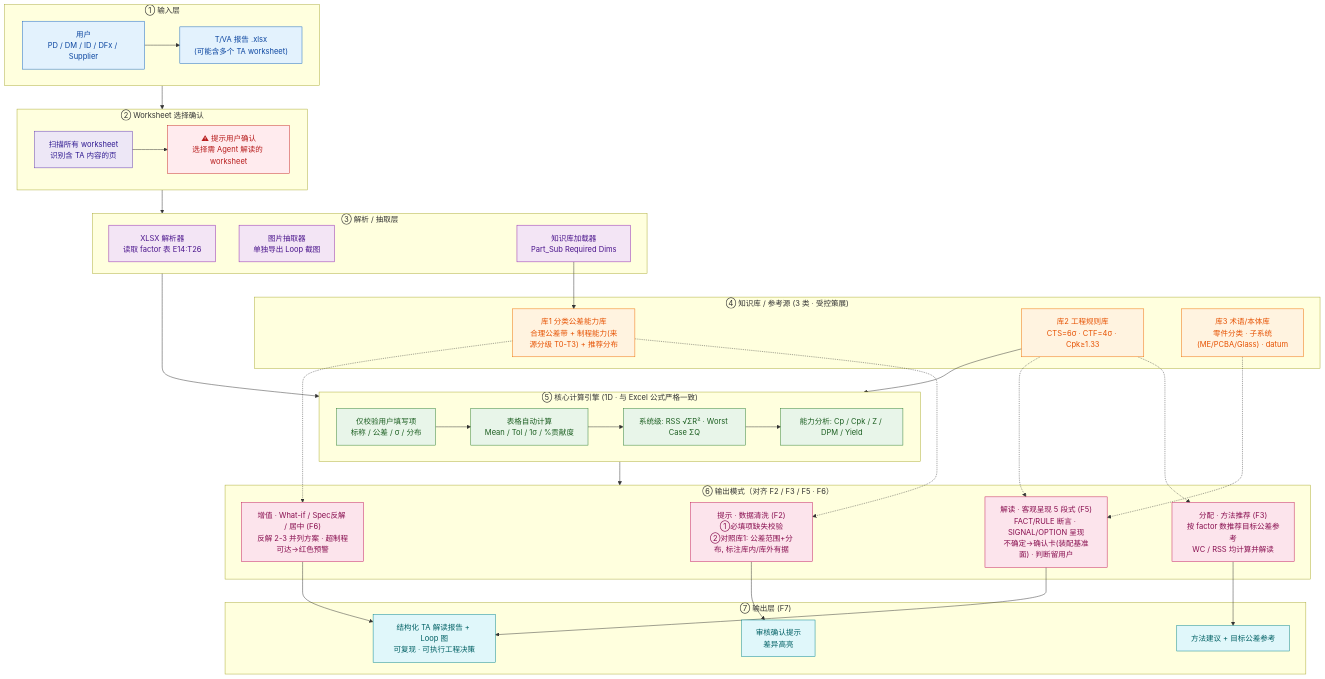
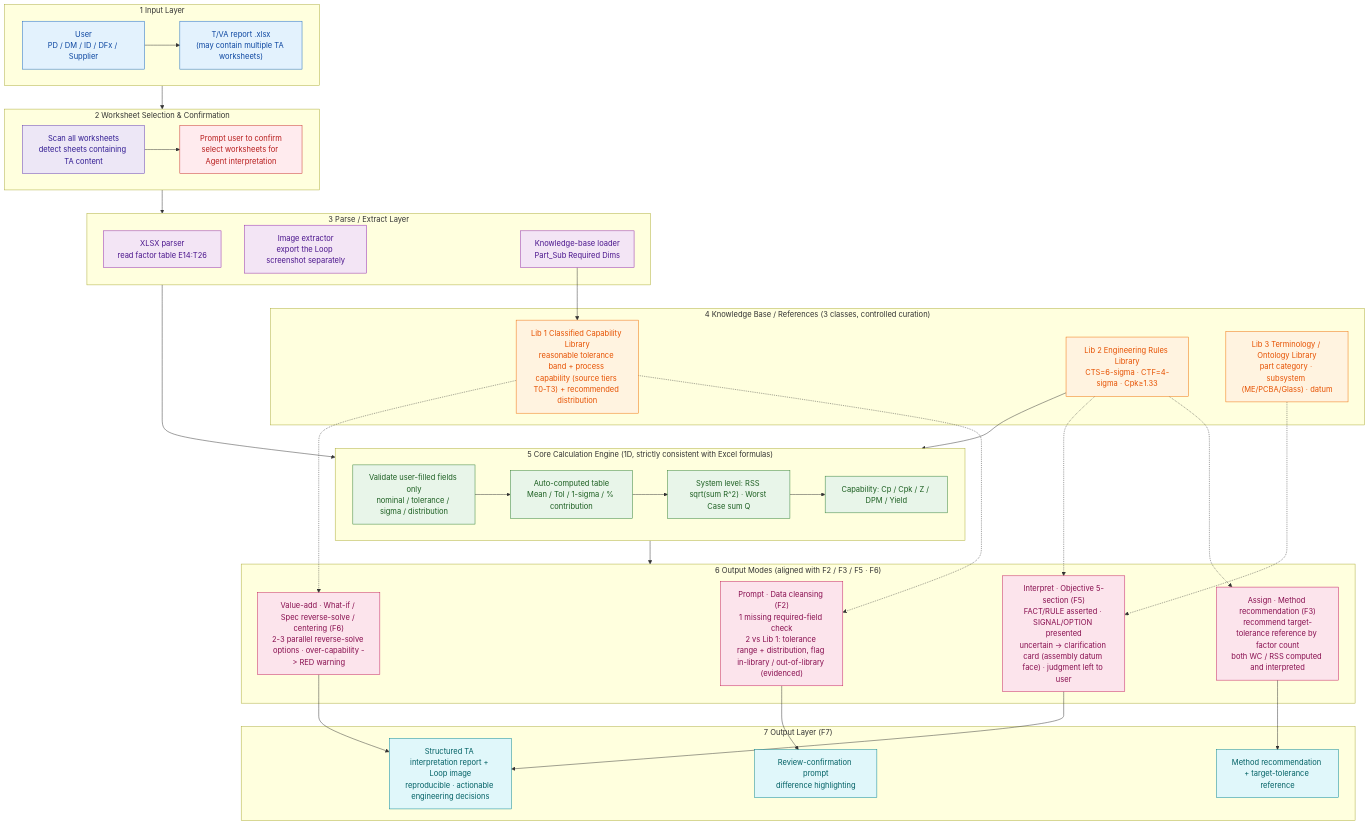
Before and after one commit to MS-AI-in-Product-Making/TA-Assist-Agent: the diagram in docs/01-architecture.md, drawn with Mermaid. The commit also changed other lines of this file and 6 other files, not shown here.

First line of the commit message:
docs: translate all repository content to English

````diff
--- a/docs/01-architecture.md
+++ b/docs/01-architecture.md
@@ -8,71 +8,71 @@
 ```mermaid
 flowchart TB
-    subgraph IN["① 输入层"]
-        U["用户<br/>PD / DM / ID / DFx / Supplier"]
-        XLSX["T/VA 报告 .xlsx<br/>(可能含多个 TA worksheet)"]
+    subgraph IN["1 Input Layer"]
+        U["User<br/>PD / DM / ID / DFx / Supplier"]
+        XLSX["T/VA report .xlsx<br/>(may contain multiple TA worksheets)"]
         U --> XLSX
     end
-    subgraph SEL["② Worksheet 选择确认"]
-        S1["扫描所有 worksheet<br/>识别含 TA 内容的页"]
-        S2["⚠ 提示用户确认<br/>选择需 Agent 解读的 worksheet"]
+    subgraph SEL["2 Worksheet Selection & Confirmation"]
+        S1["Scan all worksheets<br/>detect sheets containing TA content"]
+        S2["Prompt user to confirm<br/>select worksheets for Agent interpretation"]
         S1 --> S2
     end
-    subgraph EXT["③ 解析 / 抽取层"]
-        P1["XLSX 解析器<br/>读取 factor 表 E14:T26"]
-        P2["图片抽取器<br/>单独导出 Loop 截图"]
-        P3["知识库加载器<br/>Part_Sub Required Dims"]
+    subgraph EXT["3 Parse / Extract Layer"]
+        P1["XLSX parser<br/>read factor table E14:T26"]
+        P2["Image extractor<br/>export the Loop screenshot separately"]
+        P3["Knowledge-base loader<br/>Part_Sub Required Dims"]
     end
-    subgraph KB["④ 知识库 / 参考源 (3 类 · 受控策展)"]
-        KBA["库1 分类公差能力库<br/>合理公差带 + 制程能力(来源分级 T0-T3) + 推荐分布"]
-        KBB["库2 工程规则库<br/>CTS=6σ · CTF=4σ · Cpk≥1.33"]
-        KBC["库3 术语/本体库<br/>零件分类 · 子系统(ME/PCBA/Glass) · datum"]
+    subgraph KB["4 Knowledge Base / References (3 classes, controlled curation)"]
+        KBA["Lib 1 Classified Capability Library<br/>reasonable tolerance band + process capability (source tiers T0-T3) + recommended distribution"]
+        KBB["Lib 2 Engineering Rules Library<br/>CTS=6-sigma · CTF=4-sigma · Cpk&ge;1.33"]
+        KBC["Lib 3 Terminology / Ontology Library<br/>part category · subsystem (ME/PCBA/Glass) · datum"]
     end
-    subgraph ENG["⑤ 核心计算引擎 (1D · 与 Excel 公式严格一致)"]
-        E0["仅校验用户填写项<br/>标称 / 公差 / σ / 分布"]
-        E1["表格自动计算<br/>Mean / Tol / 1σ / %贡献度"]
-        E2["系统级: RSS √ΣR² · Worst Case ΣQ"]
-        E3["能力分析: Cp / Cpk / Z / DPM / Yield"]
+    subgraph ENG["5 Core Calculation Engine (1D, strictly consistent with Excel formulas)"]
+        E0["Validate user-filled fields only<br/>nominal / tolerance / sigma / distribution"]
+        E1["Auto-computed table<br/>Mean / Tol / 1-sigma / % contribution"]
+        E2["System level: RSS sqrt(sum R^2) · Worst Case sum Q"]
+        E3["Capability: Cp / Cpk / Z / DPM / Yield"]
         E0 --> E1 --> E2 --> E3
     end
-    subgraph MODE["⑥ 输出模式（对齐 F2 / F3 / F5 · F6）"]
-        M1["提示 · 数据清洗 (F2)<br/>①必填项缺失校验<br/>②对照库1: 公差范围+分布, 标注库内/库外有据"]
-        M2["分配 · 方法推荐 (F3)<br/>按 factor 数推荐目标公差参考<br/>WC / RSS 均计算并解读"]
-        M3["解读 · 客观呈现 5 段式 (F5)<br/>FACT/RULE 断言 · SIGNAL/OPTION 呈现<br/>不确定→确认卡(装配基准面) · 判断留用户"]
-        M4["增值 · What-if / Spec反解 / 居中 (F6)<br/>反解 2-3 并列方案 · 超制程可达→红色预警"]
+    subgraph MODE["6 Output Modes (aligned with F2 / F3 / F5 · F6)"]
+        M1["Prompt · Data cleansing (F2)<br/>1 missing required-field check<br/>2 vs Lib 1: tolerance range + distribution, flag in-library / out-of-library (evidenced)"]
+        M2["Assign · Method recommendation (F3)<br/>recommend target-tolerance reference by factor count<br/>both WC / RSS computed and interpreted"]
+        M3["Interpret · Objective 5-section (F5)<br/>FACT/RULE asserted · SIGNAL/OPTION presented<br/>uncertain -&gt; clarification card (assembly datum face) · judgment left to user"]
+        M4["Value-add · What-if / Spec reverse-solve / centering (F6)<br/>2-3 parallel reverse-solve options · over-capability -&gt; RED warning"]
     end
-    subgraph OUT["⑦ 输出层 (F7)"]
-        O1["审核确认提示<br/>差异高亮"]
-        O2["方法建议 + 目标公差参考"]
-        O3["结构化 TA 解读报告 + Loop 图<br/>可复现 · 可执行工程决策"]
+    subgraph OUT["7 Output Layer (F7)"]
+        O1["Review-confirmation prompt<br/>difference highlighting"]
+        O2["Method recommendation + target-tolerance reference"]
+        O3["Structured TA interpretation report + Loop image<br/>reproducible · actionable engineering decisions"]
     end
     IN --> SEL --> EXT
     EXT --> ENG
     ENG --> MODE
     P3 --> KBA
     KBB --> ENG
     KBA -.-> M1
     KBB -.-> M2
     KBB -.-> M3
     KBC -.-> M3
     KBA -.-> M4
     M1 --> O1
     M2 --> O2
     M3 --> O3
     M4 --> O3
     classDef in fill:#e3f2fd,stroke:#1565c0,color:#0d47a1
     classDef sel fill:#ede7f6,stroke:#5e35b1,color:#311b92
     classDef ext fill:#f3e5f5,stroke:#8e24aa,color:#4a148c
     classDef kb fill:#fff3e0,stroke:#ef6c00,color:#e65100
     classDef eng fill:#e8f5e9,stroke:#2e7d32,color:#1b5e20
     classDef mode fill:#fce4ec,stroke:#c2185b,color:#880e4f
     classDef out fill:#e0f7fa,stroke:#00838f,color:#006064
     classDef warn fill:#ffebee,stroke:#c62828,color:#b71c1c
     class U,XLSX in
     class S1 sel
     class S2 warn
     class P1,P2,P3 ext
     class KBA,KBB,KBC kb
     class E0,E1,E2,E3 eng
     class M1,M2,M3,M4 mode
     class O1,O2,O3 out
 ```
````
